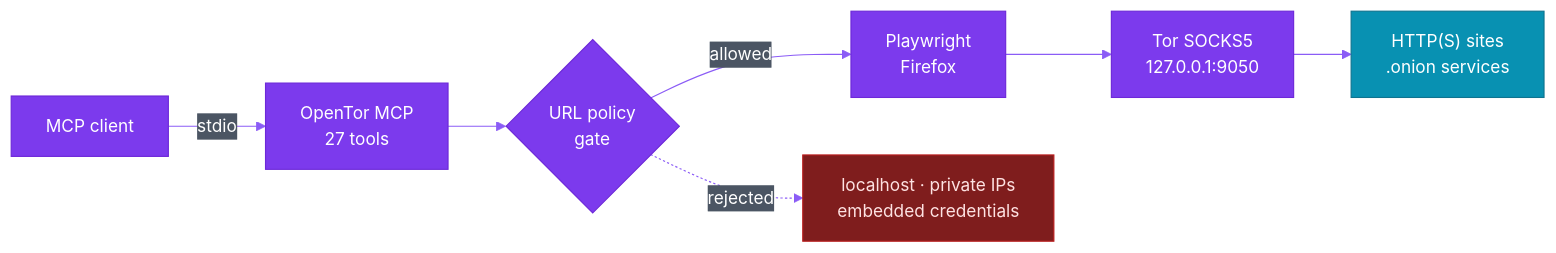
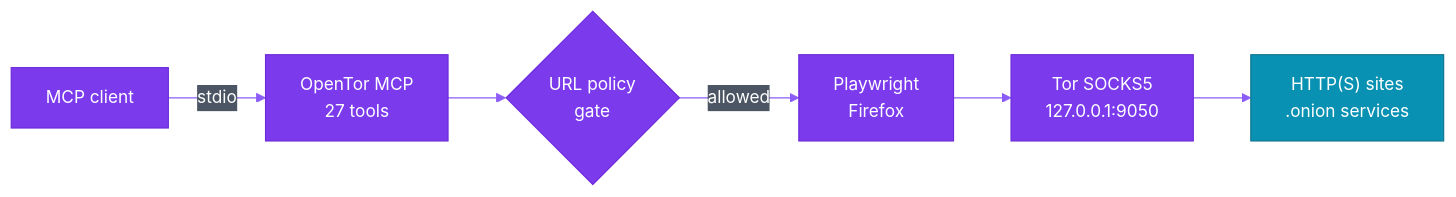
One commit to Medamine-cheddadi/opentor-mcp changed the diagram in README.md. Above: the diagram before and after it, drawn with Mermaid.

Commit message:
docs: simplify the how-it-works diagram
Drop the rejected-navigation branch so the diagram reads as a single
left-to-right flow. The URL policy gate stays, and the destinations it
rejects are still documented in the Security model section.

Removes the now-unused blocked classDef along with the node.

````diff
--- a/README.md
+++ b/README.md
@@ -93,15 +93,12 @@
 ```mermaid
 %%{init: {'theme':'base','fontFamily':'-apple-system, BlinkMacSystemFont, Segoe UI, Helvetica, Arial, sans-serif','themeVariables':{'primaryColor':'#7C3AED','primaryTextColor':'#FFFFFF','primaryBorderColor':'#6D28D9','lineColor':'#8B5CF6','edgeLabelBackground':'#4B5563','tertiaryTextColor':'#FFFFFF','fontSize':'15px'}}}%%
 flowchart LR
     C["MCP client"] -->|stdio| S["OpenTor MCP<br/>27 tools"]
     S --> G{"URL policy<br/>gate"}
     G -->|allowed| F["Playwright<br/>Firefox"]
     F --> T["Tor SOCKS5<br/>127.0.0.1:9050"]
     T --> W["HTTP(S) sites<br/>.onion services"]
-    G -. rejected .-> X["localhost · private IPs<br/>embedded credentials"]
 
-    classDef blocked fill:#7F1D1D,stroke:#B91C1C,color:#FEE2E2
     classDef exit fill:#0891B2,stroke:#0E7490,color:#FFFFFF
-    class X blocked
     class W exit
 ```
````
